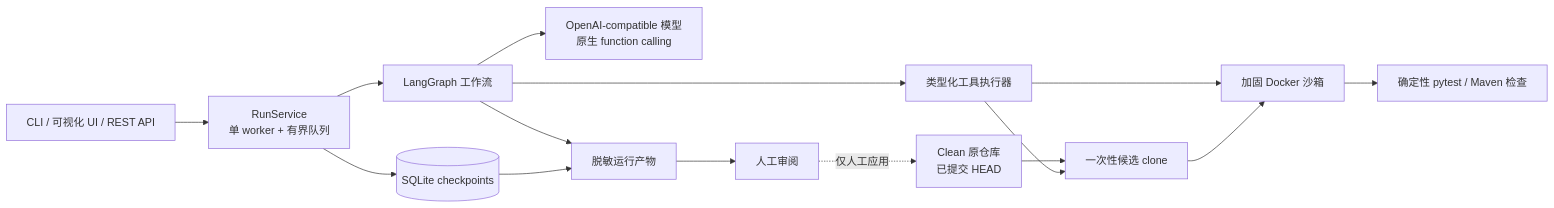
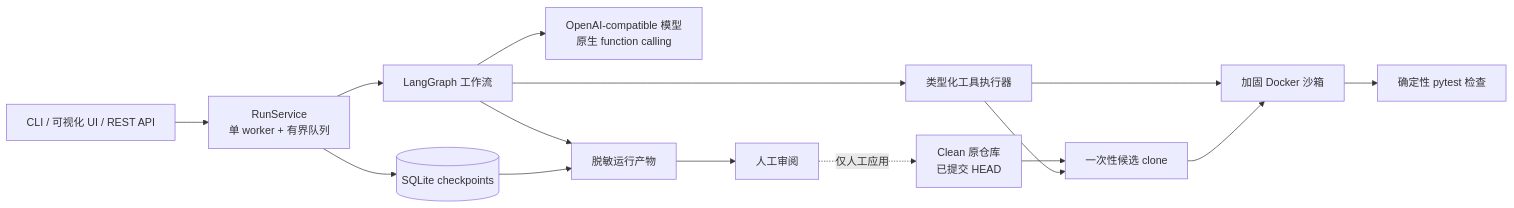
Before and after one commit to ablecat/AgentProjects: the diagram in README.zh-CN.md, drawn with Mermaid. The commit also changed other lines of this file and 103 other files, not shown here.

````diff
--- a/README.zh-CN.md
+++ b/README.zh-CN.md
@@ -35,17 +39,17 @@
 ```mermaid
 flowchart LR
     U[CLI / 可视化 UI / REST API] --> S[RunService<br/>单 worker + 有界队列]
     S --> DB[(SQLite checkpoints)]
     S --> W[LangGraph 工作流]
     W --> M[OpenAI-compatible 模型<br/>原生 function calling]
     W --> T[类型化工具执行器]
     R[Clean 原仓库<br/>已提交 HEAD] --> C[一次性候选 clone]
     T --> C
     T --> D[加固 Docker 沙箱]
     C --> D
-    D --> V[确定性 pytest / Maven 检查]
+    D --> V[确定性 pytest 检查]
     W --> A[脱敏运行产物]
     DB --> A
     A --> H[人工审阅]
     H -. 仅人工应用 .-> R
 ```
````
